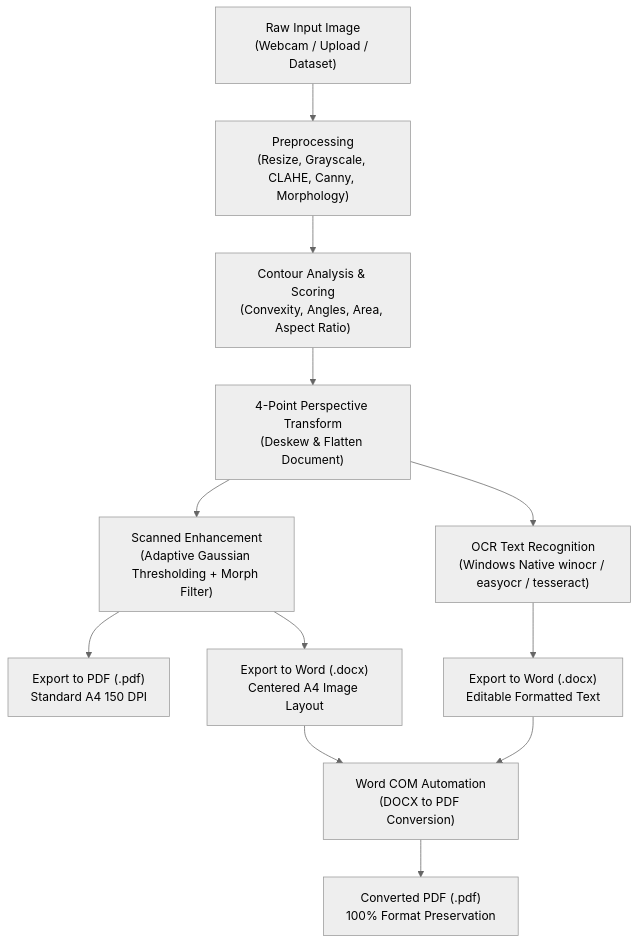
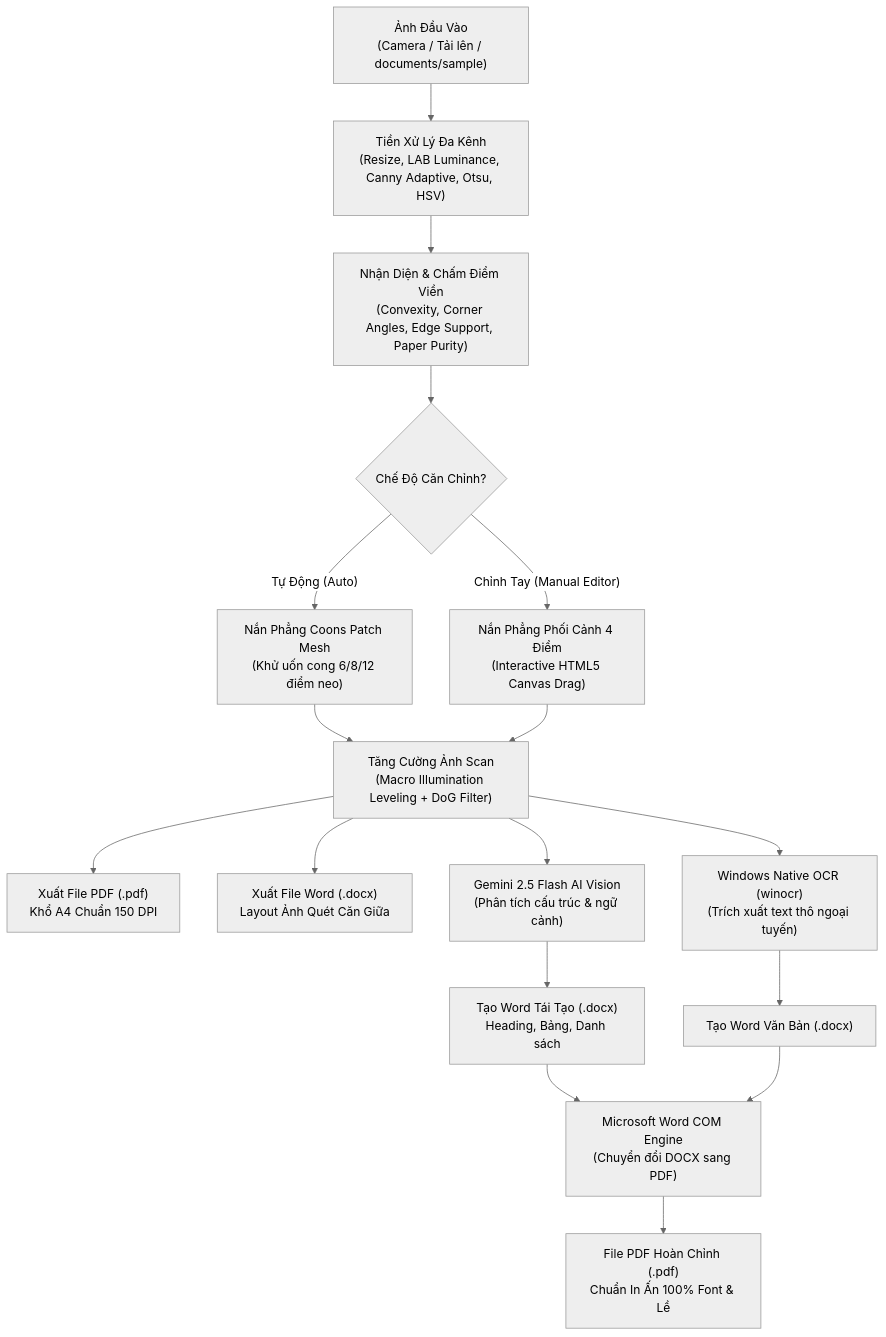
The diagram in README.md (Vietcute0210/document-scanner), drawn with Mermaid (neutral theme) before and after one commit. The commit also changed other lines of this file and 7 other files, not shown here.

Commit message:
docs: cap nhat README tieng Viet, doi ten documents/sample va cap nhat tham chieu

````diff
--- a/README.md
+++ b/README.md
@@ -29,17 +44,24 @@
 ```mermaid
 flowchart TD
-    A["Raw Input Image<br/>(Webcam / Upload / Dataset)"] --> B["Preprocessing<br/>(Resize, Grayscale, CLAHE, Canny, Morphology)"]
-    B --> C["Contour Analysis & Scoring<br/>(Convexity, Angles, Area, Aspect Ratio)"]
-    C --> D["4-Point Perspective Transform<br/>(Deskew & Flatten Document)"]
-    D --> E["Scanned Enhancement<br/>(Adaptive Gaussian Thresholding + Morph Filter)"]
+    A["Ảnh Đầu Vào<br/>(Camera / Tải lên / documents/sample)"] --> B["Tiền Xử Lý Đa Kênh<br/>(Resize, LAB Luminance, Canny Adaptive, Otsu, HSV)"]
+    B --> C["Nhận Diện & Chấm Điểm Viền<br/>(Convexity, Corner Angles, Edge Support, Paper Purity)"]
     
-    E --> F1["Export to PDF (.pdf)<br/>Standard A4 150 DPI"]
-    E --> F2["Export to Word (.docx)<br/>Centered A4 Image Layout"]
+    C --> D{"Chế Độ Căn Chỉnh?"}
+    D -- "Tự Động (Auto)" --> E1["Nắn Phẳng Coons Patch Mesh<br/>(Khử uốn cong 6/8/12 điểm neo)"]
+    D -- "Chỉnh Tay (Manual Editor)" --> E2["Nắn Phẳng Phối Cảnh 4 Điểm<br/>(Interactive HTML5 Canvas Drag)"]
     
-    D --> G["OCR Text Recognition<br/>(Windows Native winocr / easyocr / tesseract)"]
-    G --> F3["Export to Word (.docx)<br/>Editable Formatted Text"]
+    E1 --> F["Tăng Cường Ảnh Scan<br/>(Macro Illumination Leveling + DoG Filter)"]
+    E2 --> F
     
-    F2 --> H["Word COM Automation<br/>(DOCX to PDF Conversion)"]
-    F3 --> H
-    H --> F4["Converted PDF (.pdf)<br/>100% Format Preservation"]
+    F --> G1["Xuất File PDF (.pdf)<br/>Khổ A4 Chuẩn 150 DPI"]
+    F --> G2["Xuất File Word (.docx)<br/>Layout Ảnh Quét Căn Giữa"]
+    F --> G3["Gemini 2.5 Flash AI Vision<br/>(Phân tích cấu trúc & ngữ cảnh)"]
+    F --> G4["Windows Native OCR (winocr)<br/>(Trích xuất text thô ngoại tuyến)"]
+    
+    G3 --> H1["Tạo Word Tái Tạo (.docx)<br/>Heading, Bảng, Danh sách"]
+    G4 --> H2["Tạo Word Văn Bản (.docx)"]
+    
+    H1 --> I["Microsoft Word COM Engine<br/>(Chuyển đổi DOCX sang PDF)"]
+    H2 --> I
+    I --> J["File PDF Hoàn Chỉnh (.pdf)<br/>Chuẩn In Ấn 100% Font & Lề"]
 ```
````
